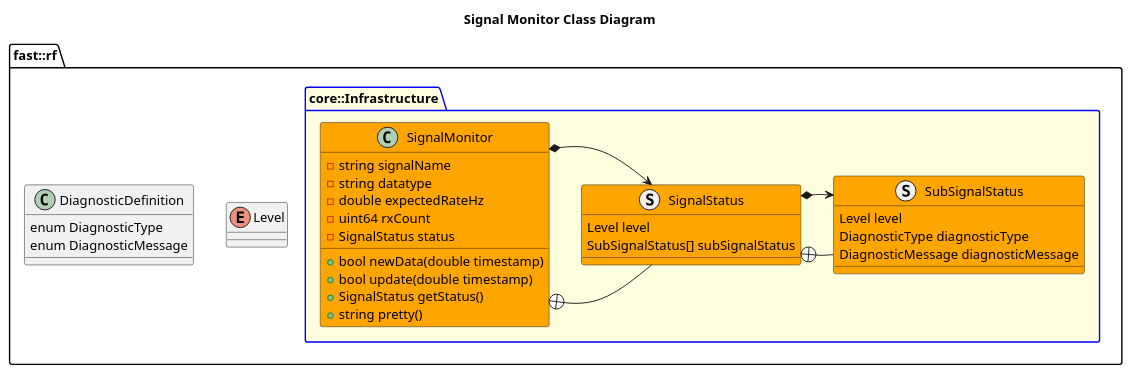
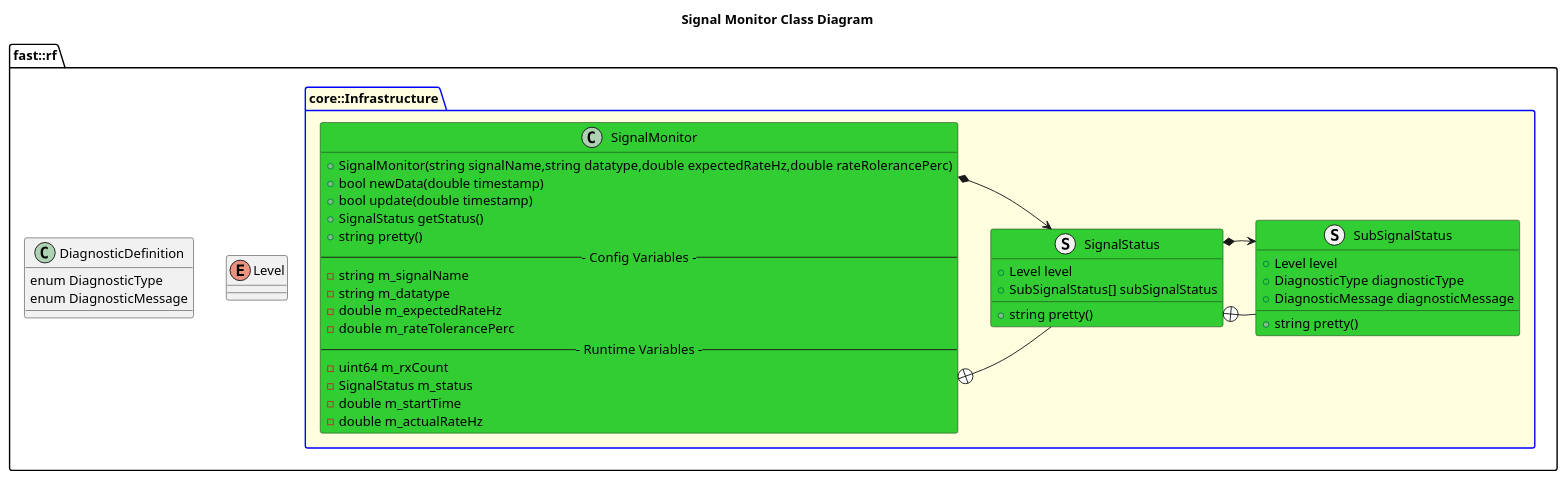
One commit to fastrobotics/robot_framework changed the diagram in include/Infrastructure/SignalMonitor/doc/puml/SignalMonitorClassDiagram.puml. Above: the diagram before and after it, drawn with PlantUML. The commit also changed 5 other files, not shown here.

```diff
--- a/include/Infrastructure/SignalMonitor/doc/puml/SignalMonitorClassDiagram.puml
+++ b/include/Infrastructure/SignalMonitor/doc/puml/SignalMonitorClassDiagram.puml
@@ -1,37 +1,45 @@
 @startuml
 title Signal Monitor Class Diagram
 namespace fast::rf {
     enum Level
     class DiagnosticDefinition {
         enum DiagnosticType
         enum DiagnosticMessage
     }
     package core::Infrastructure #LightYellow;line:blue {
-        struct SubSignalStatus #Orange {
-            Level level
-            DiagnosticType diagnosticType
-            DiagnosticMessage diagnosticMessage
+        struct SubSignalStatus #LimeGreen {
+            +Level level
+            +DiagnosticType diagnosticType
+            +DiagnosticMessage diagnosticMessage
+            +string pretty()
         }
-        struct SignalStatus #Orange {
-            Level level
-            SubSignalStatus[] subSignalStatus
+        struct SignalStatus #LimeGreen {
+            +Level level
+            +SubSignalStatus[] subSignalStatus
+            +string pretty()
         }
         SignalStatus +-- SubSignalStatus
         SignalStatus *-> SubSignalStatus
-        class SignalMonitor #Orange {
+        class SignalMonitor #LimeGreen {
+            +SignalMonitor(string signalName,string datatype,double expectedRateHz,double rateRolerancePerc)
             +bool newData(double timestamp)
             +bool update(double timestamp)
             +SignalStatus getStatus()
             +string pretty()
-            -string signalName
-            -string datatype
-            -double expectedRateHz
-            -uint64 rxCount
-            -SignalStatus status
+            --- Config Variables ---
+            -string m_signalName
+            -string m_datatype
+            -double m_expectedRateHz
+            -double m_rateTolerancePerc
+            --- Runtime Variables ---
+            -uint64 m_rxCount
+            -SignalStatus m_status
+            -double m_startTime
+            -double m_actualRateHz
         }
         SignalMonitor +-- SignalStatus
         SignalMonitor *-> SignalStatus
 
     }
 }
 @enduml
```
